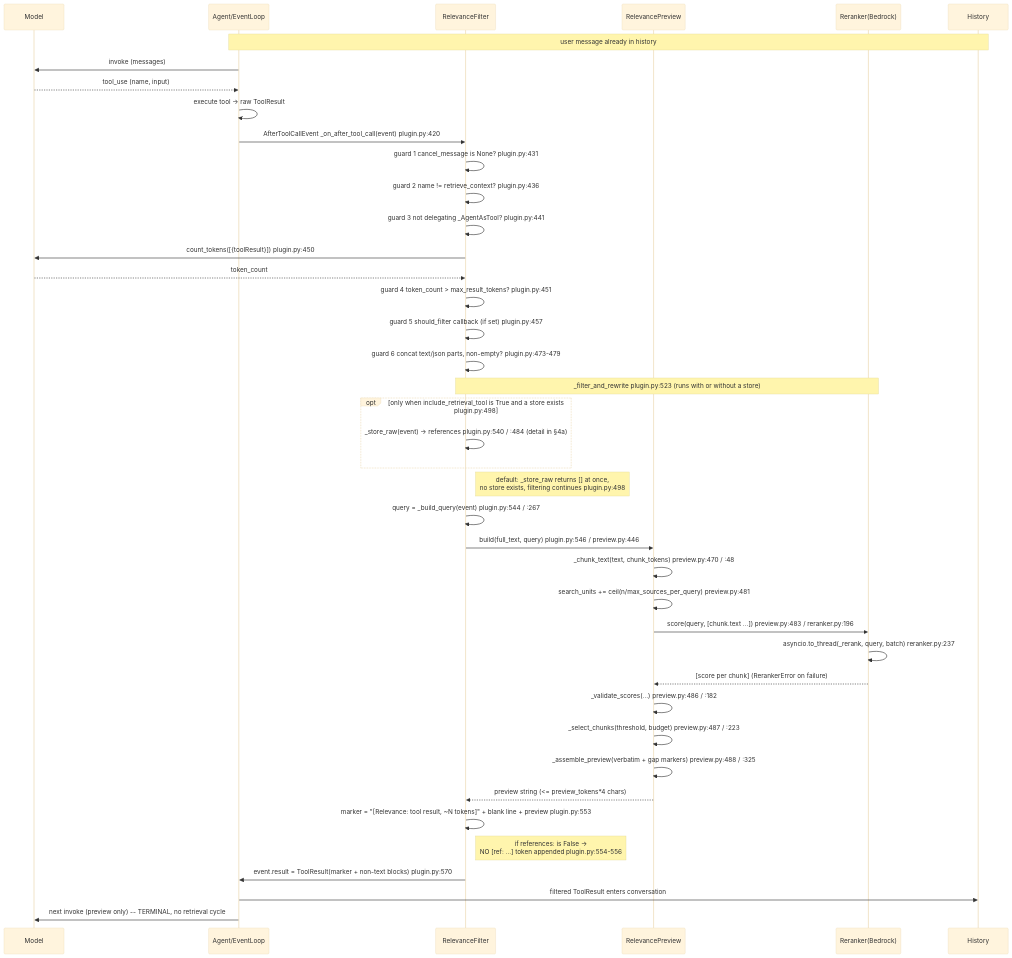
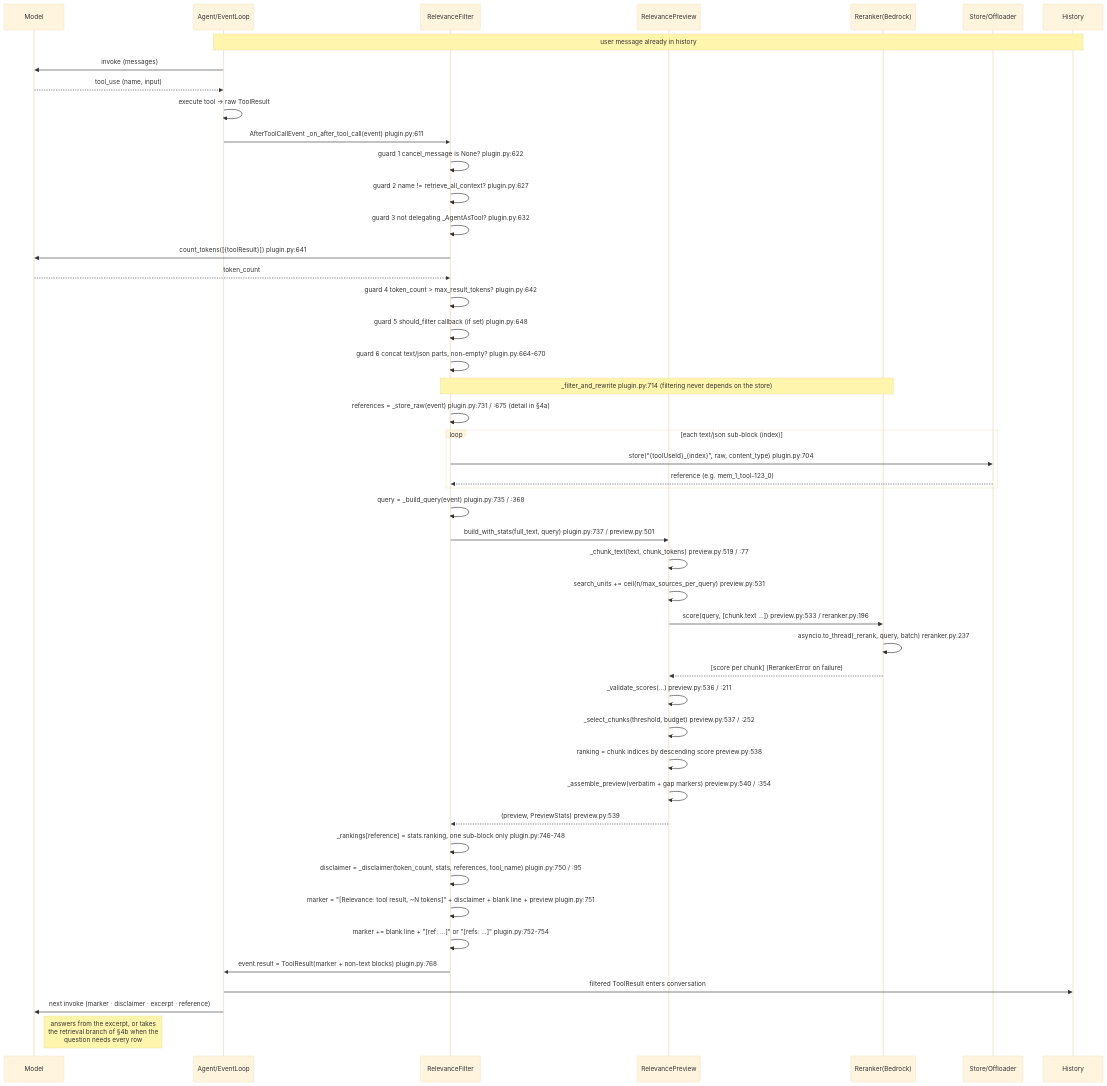
Before and after one commit to aws-samples/sample-context-engineering: the first of 4 diagrams in docs/design/sequence/sequence-a-relevance-filtering.md, drawn with Mermaid (base theme). The commit also changed other lines of this file and 11 other files, not shown here.

First line of the commit message:
docs: bring design, sequence and how-to docs to the current code

````diff
--- a/docs/design/sequence/sequence-a-relevance-filtering.md
+++ b/docs/design/sequence/sequence-a-relevance-filtering.md
@@ -86,47 +103,53 @@
 ```mermaid
 sequenceDiagram
     participant Model
     participant Agent as Agent/EventLoop
     participant RF as RelevanceFilter
     participant Prev as RelevancePreview
     participant RR as Reranker(Bedrock)
+    participant Store as Store/Offloader
     participant Hist as History
 
     Note over Agent,Hist: user message already in history
     Agent->>Model: invoke (messages)
     Model-->>Agent: tool_use (name, input)
     Agent->>Agent: execute tool -> raw ToolResult
-    Agent->>RF: AfterToolCallEvent  _on_after_tool_call(event)  plugin.py:420
+    Agent->>RF: AfterToolCallEvent  _on_after_tool_call(event)  plugin.py:611
 
-    RF->>RF: guard 1 cancel_message is None?  plugin.py:431
-    RF->>RF: guard 2 name != retrieve_context?  plugin.py:436
-    RF->>RF: guard 3 not delegating _AgentAsTool?  plugin.py:441
-    RF->>Model: count_tokens([{toolResult}])  plugin.py:450
+    RF->>RF: guard 1 cancel_message is None?  plugin.py:622
+    RF->>RF: guard 2 name != retrieve_all_context?  plugin.py:627
+    RF->>RF: guard 3 not delegating _AgentAsTool?  plugin.py:632
+    RF->>Model: count_tokens([{toolResult}])  plugin.py:641
     Model-->>RF: token_count
-    RF->>RF: guard 4 token_count > max_result_tokens?  plugin.py:451
-    RF->>RF: guard 5 should_filter callback (if set)  plugin.py:457
-    RF->>RF: guard 6 concat text/json parts, non-empty?  plugin.py:473-479
+    RF->>RF: guard 4 token_count > max_result_tokens?  plugin.py:642
+    RF->>RF: guard 5 should_filter callback (if set)  plugin.py:648
+    RF->>RF: guard 6 concat text/json parts, non-empty?  plugin.py:664-670
 
-    Note over RF,RR: _filter_and_rewrite  plugin.py:523  (runs with or without a store)
-    opt only when include_retrieval_tool is True and a store exists  plugin.py:498
-        RF->>RF: _store_raw(event) -> references  plugin.py:540 / :484  (detail in §4a)
+    Note over RF,RR: _filter_and_rewrite  plugin.py:714  (filtering never depends on the store)
+    RF->>RF: references = _store_raw(event)  plugin.py:731 / :675  (detail in §4a)
+    loop each text/json sub-block (index)
+        RF->>Store: store("{toolUseId}_{index}", raw, content_type)  plugin.py:704
+        Store-->>RF: reference (e.g. mem_1_tool-123_0)
     end
-    Note right of RF: default: _store_raw returns [] at once,<br/>no store exists, filtering continues  plugin.py:498
-    RF->>RF: query = _build_query(event)  plugin.py:544 / :267
-    RF->>Prev: build(full_text, query)  plugin.py:546 / preview.py:446
-    Prev->>Prev: _chunk_text(text, chunk_tokens)  preview.py:470 / :48
-    Prev->>Prev: search_units += ceil(n/max_sources_per_query)  preview.py:481
-    Prev->>RR: score(query, [chunk.text ...])  preview.py:483 / reranker.py:196
+    RF->>RF: query = _build_query(event)  plugin.py:735 / :368
+    RF->>Prev: build_with_stats(full_text, query)  plugin.py:737 / preview.py:501
+    Prev->>Prev: _chunk_text(text, chunk_tokens)  preview.py:519 / :77
+    Prev->>Prev: search_units += ceil(n/max_sources_per_query)  preview.py:531
+    Prev->>RR: score(query, [chunk.text ...])  preview.py:533 / reranker.py:196
     RR->>RR: asyncio.to_thread(_rerank, query, batch)  reranker.py:237
     RR-->>Prev: [score per chunk]  (RerankerError on failure)
-    Prev->>Prev: _validate_scores(...)  preview.py:486 / :182
-    Prev->>Prev: _select_chunks(threshold, budget)  preview.py:487 / :223
-    Prev->>Prev: _assemble_preview(verbatim + gap markers)  preview.py:488 / :325
-    Prev-->>RF: preview string (<= preview_tokens*4 chars)
+    Prev->>Prev: _validate_scores(...)  preview.py:536 / :211
+    Prev->>Prev: _select_chunks(threshold, budget)  preview.py:537 / :252
+    Prev->>Prev: ranking = chunk indices by descending score  preview.py:538
+    Prev->>Prev: _assemble_preview(verbatim + gap markers)  preview.py:540 / :354
+    Prev-->>RF: (preview, PreviewStats)  preview.py:539
 
-    RF->>RF: marker = "[Relevance: tool result, ~N tokens]" + blank line + preview  plugin.py:553
-    Note right of RF: if references: is False -><br/>NO [ref: ...] token appended  plugin.py:554-556
-    RF->>Agent: event.result = ToolResult(marker + non-text blocks)  plugin.py:570
+    RF->>RF: _rankings[reference] = stats.ranking, one sub-block only  plugin.py:746-748
+    RF->>RF: disclaimer = _disclaimer(token_count, stats, references, tool_name)  plugin.py:750 / :95
+    RF->>RF: marker = "[Relevance: tool result, ~N tokens]" + disclaimer + blank line + preview  plugin.py:751
+    RF->>RF: marker += blank line + "[ref: ...]" or "[refs: ...]"  plugin.py:752-754
+    RF->>Agent: event.result = ToolResult(marker + non-text blocks)  plugin.py:768
     Agent->>Hist: filtered ToolResult enters conversation
-    Agent->>Model: next invoke (preview only) -- TERMINAL, no retrieval cycle
+    Agent->>Model: next invoke (marker · disclaimer · excerpt · reference)
+    Note right of Model: answers from the excerpt, or takes<br/>the retrieval branch of §4b when the<br/>question needs every row
 ```
````
